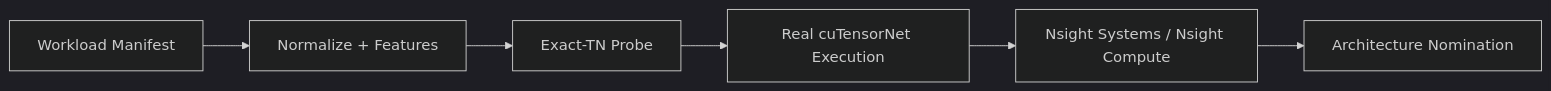
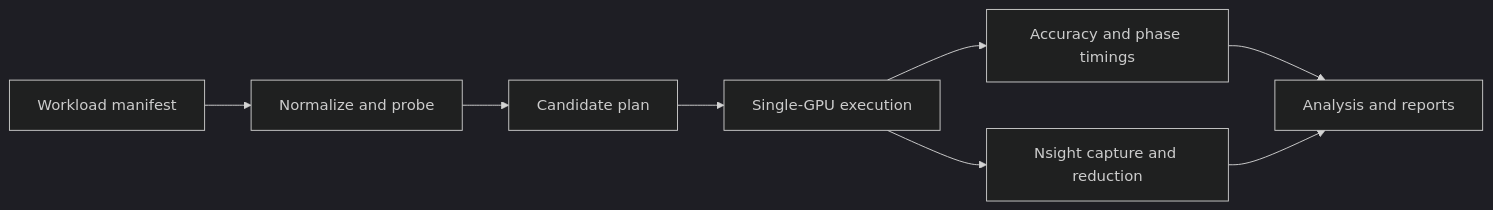
One commit to CarlosArmeroMoneo/quantum-workload-architecture changed the diagram in README.md. Above: the diagram before and after it, drawn with Mermaid (dark theme). The commit also changed other lines of this file and 11 other files, not shown here.

````diff
--- a/README.md
+++ b/README.md
@@ -93,8 +32,10 @@
 ```mermaid
 flowchart LR
-    A[Workload Manifest] --> B[Normalize + Features]
-    B --> C[Exact-TN Probe]
-    C --> D[Real cuTensorNet Execution]
-    D --> E[Nsight Systems / Nsight Compute]
-    E --> F[Architecture Nomination]
+    A[Workload manifest] --> B[Normalize and probe]
+    B --> C[Candidate plan]
+    C --> D[Single-GPU execution]
+    D --> E[Accuracy and phase timings]
+    D --> F[Nsight capture and reduction]
+    E --> G[Analysis and reports]
+    F --> G
 ```
````
